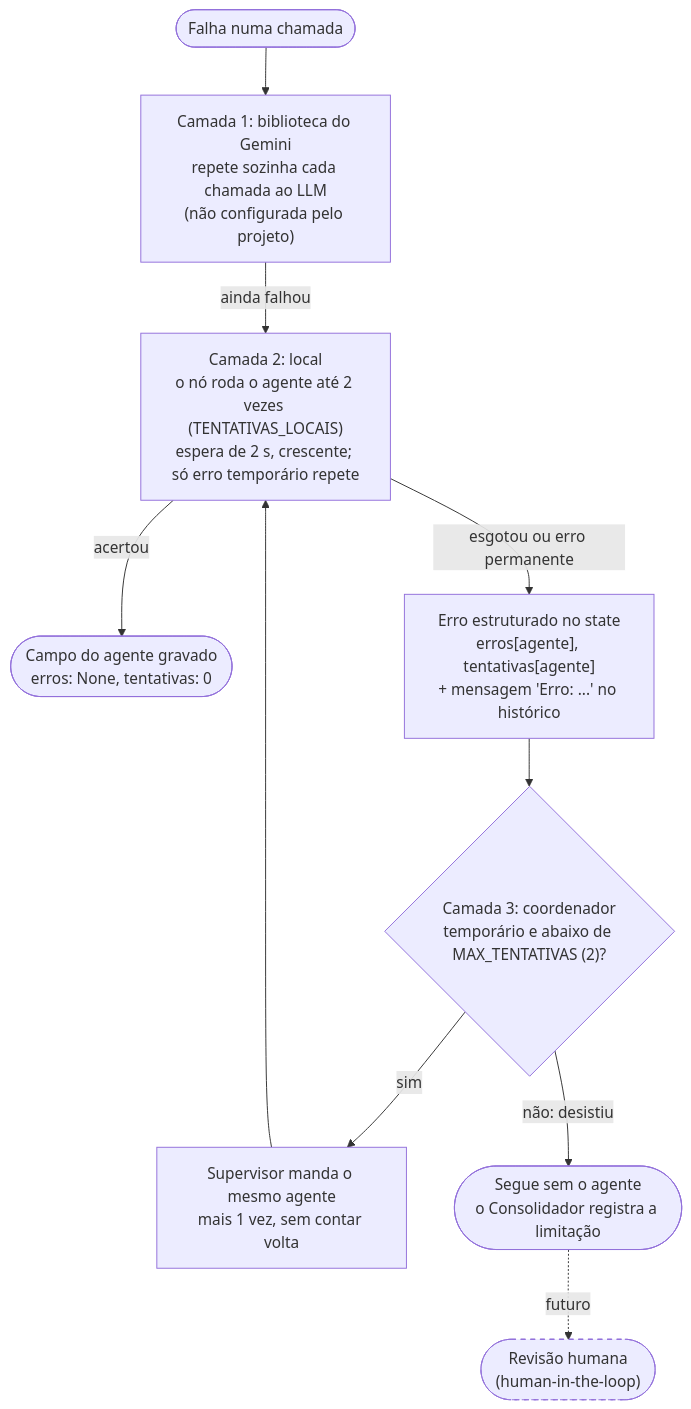
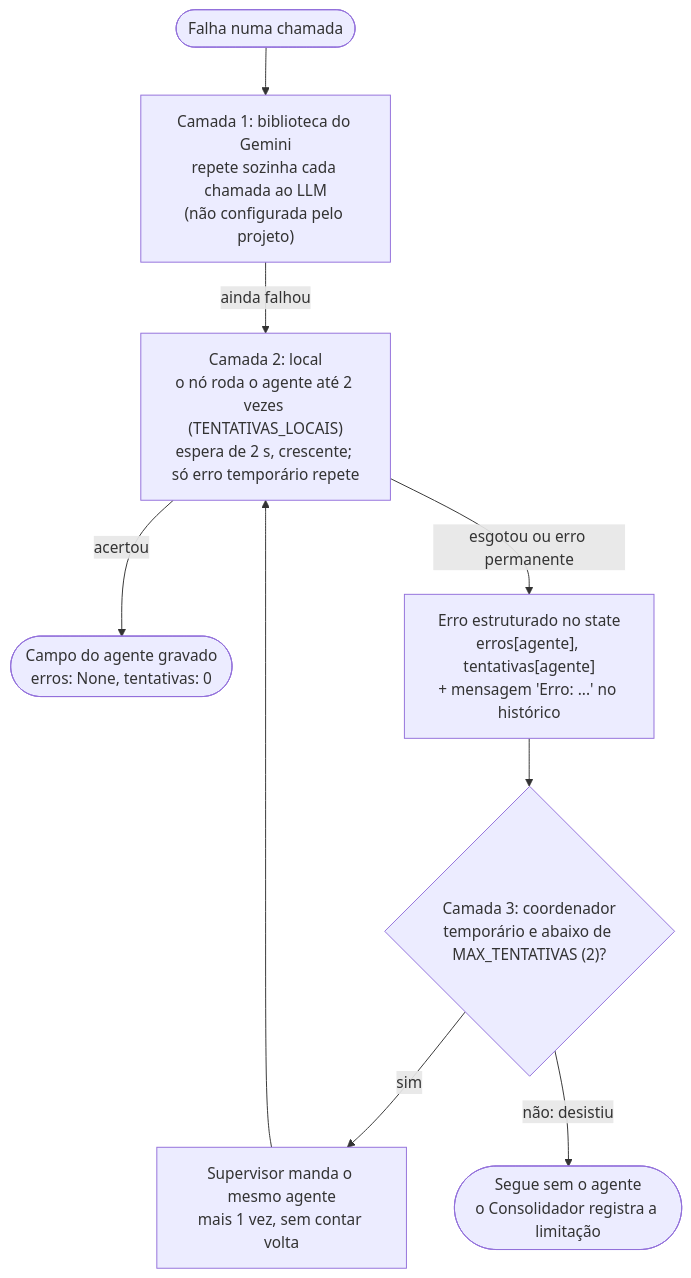
Before and after one commit to igorc22/pipeline-inteligencia-financeira-b3: the sixth of 7 diagrams in docs/arquitetura.md, drawn with Mermaid. The commit also changed other lines of this file and 2 other files, not shown here.

Commit message:
docs: human-in-the-loop fora do plano e motivo do paralelismo corrigido no diário

````diff
--- a/docs/arquitetura.md
+++ b/docs/arquitetura.md
@@ -279,15 +279,11 @@
 ```mermaid
 flowchart TD
     F(["Falha numa chamada"]) --> L1["Camada 1: biblioteca do Gemini<br/>repete sozinha cada chamada ao LLM<br/>(não configurada pelo projeto)"]
     L1 -->|"ainda falhou"| L2["Camada 2: local<br/>o nó roda o agente até 2 vezes (TENTATIVAS_LOCAIS)<br/>espera de 2 s, crescente; só erro temporário repete"]
     L2 -->|"acertou"| OK(["Campo do agente gravado<br/>erros: None, tentativas: 0"])
     L2 -->|"esgotou ou erro permanente"| ERR["Erro estruturado no state<br/>erros[agente], tentativas[agente]<br/>+ mensagem 'Erro: ...' no histórico"]
     ERR --> L3{"Camada 3: coordenador<br/>temporário e abaixo de MAX_TENTATIVAS (2)?"}
     L3 -->|sim| RE["Supervisor manda o mesmo agente<br/>mais 1 vez, sem contar volta"]
     RE --> L2
     L3 -->|não: desistiu| SEG(["Segue sem o agente<br/>o Consolidador registra a limitação"])
-    SEG -.->|"futuro"| HUM(["Revisão humana<br/>(human-in-the-loop)"])
-
-    classDef futuro stroke-dasharray: 5 5
-    class HUM futuro
 ```
````
